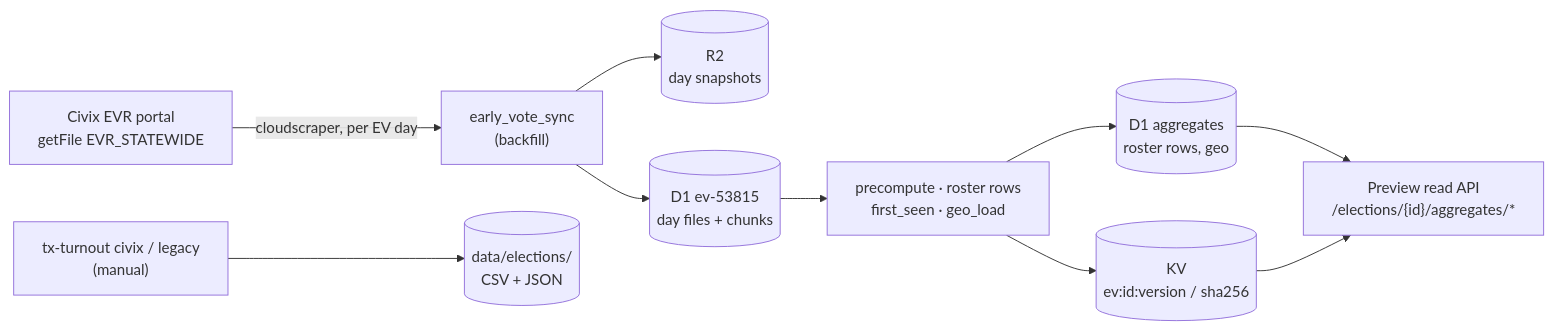
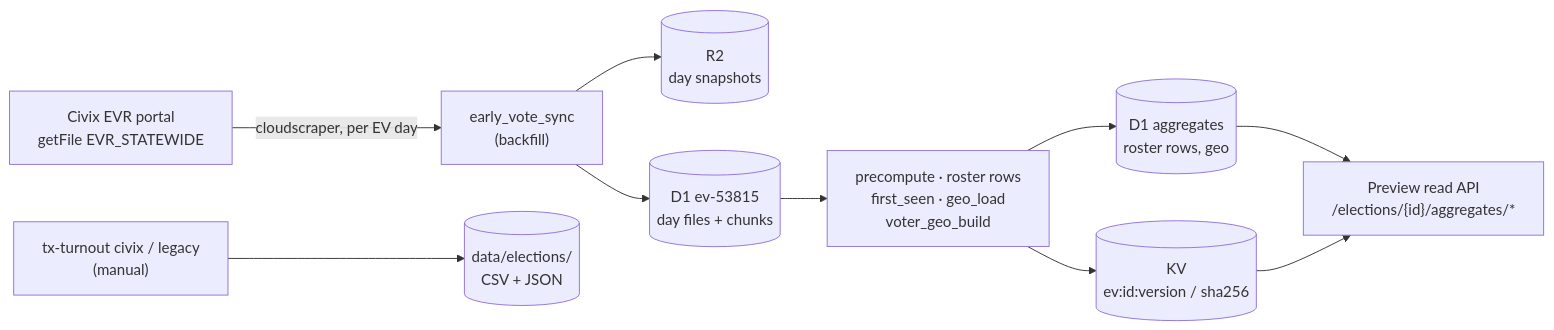
The first of 11 diagrams in README.md (Abstract-Data/texas-turnout-scraper), drawn with Mermaid before and after one commit. The commit also changed 3 other files, not shown here.

Commit message:
docs: correct voter_geo page range and ingest step lists

````diff
--- a/README.md
+++ b/README.md
@@ -29,12 +29,12 @@
 ```mermaid
 flowchart LR
     portal["Civix EVR portal<br/>getFile EVR_STATEWIDE"] -->|cloudscraper, per EV day| sync["early_vote_sync<br/>(backfill)"]
     sync --> r2[("R2<br/>day snapshots")]
     sync --> d1day[("D1 ev-53815<br/>day files + chunks")]
-    d1day --> pre["precompute · roster rows<br/>first_seen · geo_load"]
+    d1day --> pre["precompute · roster rows<br/>first_seen · geo_load<br/>voter_geo_build"]
     pre --> d1agg[("D1 aggregates<br/>roster rows, geo")]
     pre --> kv[("KV<br/>ev:id:version / sha256")]
     d1agg --> api["Preview read API<br/>/elections/{id}/aggregates/*"]
     kv --> api
     cli["tx-turnout civix / legacy<br/>(manual)"] --> files[("data/elections/<br/>CSV + JSON")]
 ```
````
